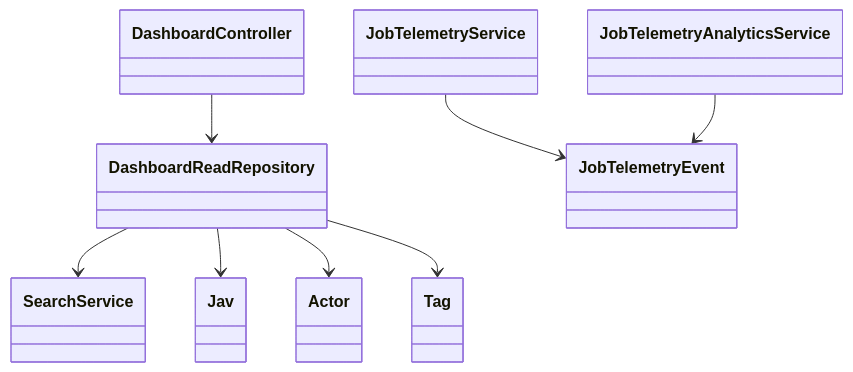
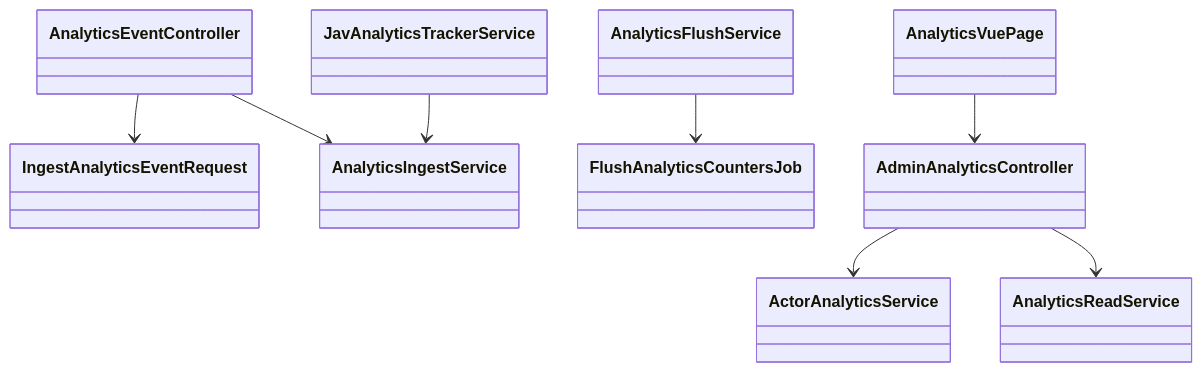
Before and after one commit to jooservices/XCrawlerII: the diagram in docs/architecture/system-design.md, drawn with Mermaid. The commit also changed other lines of this file and 33 other files, not shown here.

````diff
--- a/docs/architecture/system-design.md
+++ b/docs/architecture/system-design.md
@@ -13,20 +13,21 @@
 ```mermaid
 classDiagram
-class DashboardController
-class SearchService
-class DashboardReadRepository
-class Jav
-class Actor
-class Tag
-class JobTelemetryService
-class JobTelemetryAnalyticsService
-class JobTelemetryEvent
+class AnalyticsEventController
+class IngestAnalyticsEventRequest
+class AnalyticsIngestService
+class AnalyticsFlushService
+class FlushAnalyticsCountersJob
+class ActorAnalyticsService
+class AnalyticsReadService
+class JavAnalyticsTrackerService
+class AdminAnalyticsController
+class AnalyticsVuePage
 
-DashboardController --> DashboardReadRepository
-DashboardReadRepository --> SearchService
-DashboardReadRepository --> Jav
-DashboardReadRepository --> Actor
-DashboardReadRepository --> Tag
-JobTelemetryService --> JobTelemetryEvent
-JobTelemetryAnalyticsService --> JobTelemetryEvent
+AnalyticsEventController --> IngestAnalyticsEventRequest
+AnalyticsEventController --> AnalyticsIngestService
+AnalyticsFlushService --> FlushAnalyticsCountersJob
+AdminAnalyticsController --> ActorAnalyticsService
+AdminAnalyticsController --> AnalyticsReadService
+JavAnalyticsTrackerService --> AnalyticsIngestService
+AnalyticsVuePage --> AdminAnalyticsController
 ```
````
